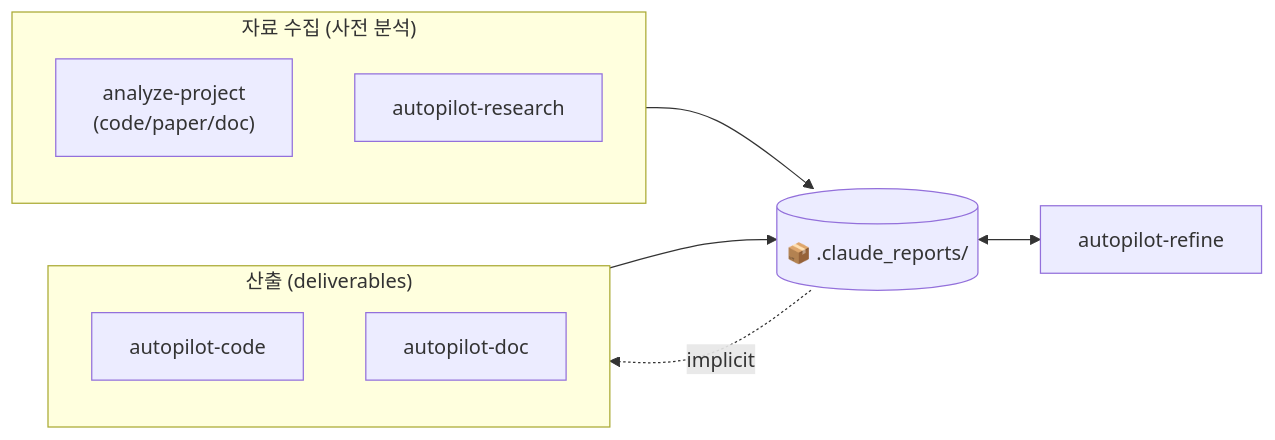
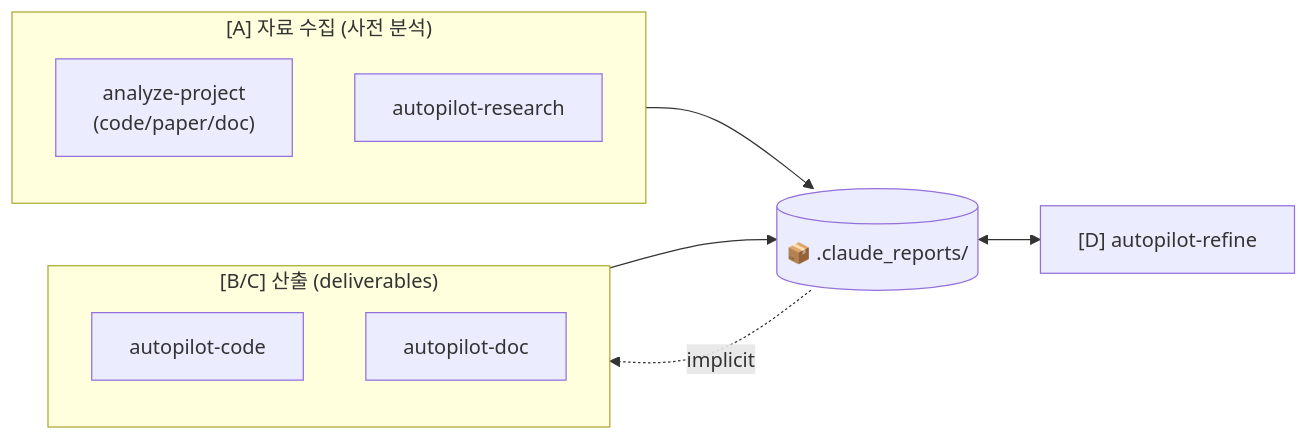
Before and after one commit to dmlguq456/agent_setting: the second of 3 diagrams in README.md, drawn with Mermaid. The commit also changed other lines of this file and 1 other file, not shown here.

First line of the commit message:
docs(README): promote autopilot-refine to category D + unify prompt/memo entry

````diff
--- a/README.md
+++ b/README.md
@@ -39,17 +39,17 @@
 ```mermaid
 flowchart LR
-    subgraph IN["자료 수집 (사전 분석)"]
-        A["analyze-project<br/>(code/paper/doc)"]
-        R["autopilot-research"]
+    subgraph IN["[A] 자료 수집 (사전 분석)"]
+        AP["analyze-project<br/>(code/paper/doc)"]
+        AR["autopilot-research"]
     end
-    subgraph PROD["산출 (deliverables)"]
-        C["autopilot-code"]
-        D["autopilot-doc"]
+    subgraph PROD["[B/C] 산출 (deliverables)"]
+        B["autopilot-code"]
+        C["autopilot-doc"]
     end
-    REF["autopilot-refine"]
+    D["[D] autopilot-refine"]
     OUT[("📦 .claude_reports/")]
     IN --> OUT
     OUT -.->|implicit| PROD
     PROD --> OUT
-    OUT <--> REF
+    OUT <--> D
 ```
````
